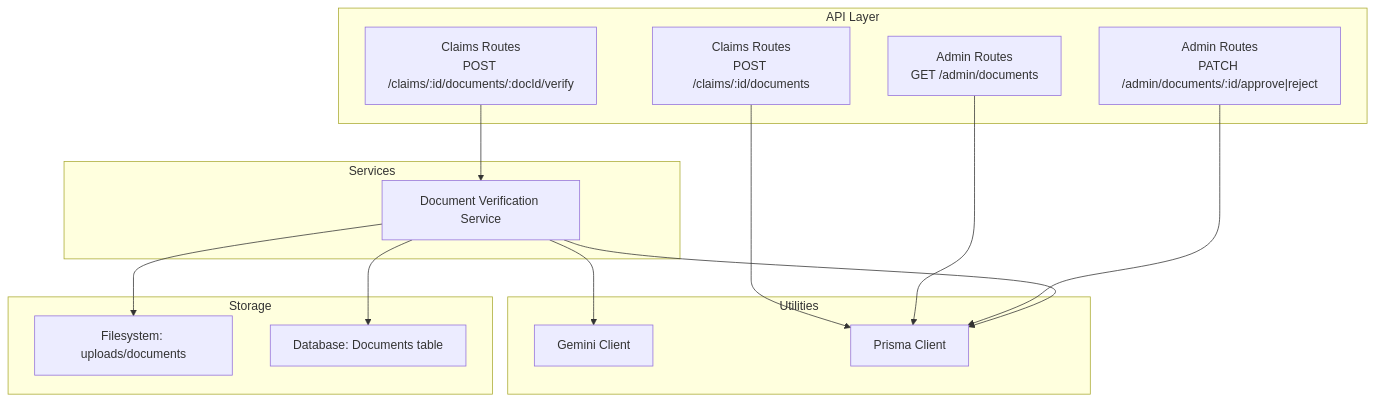
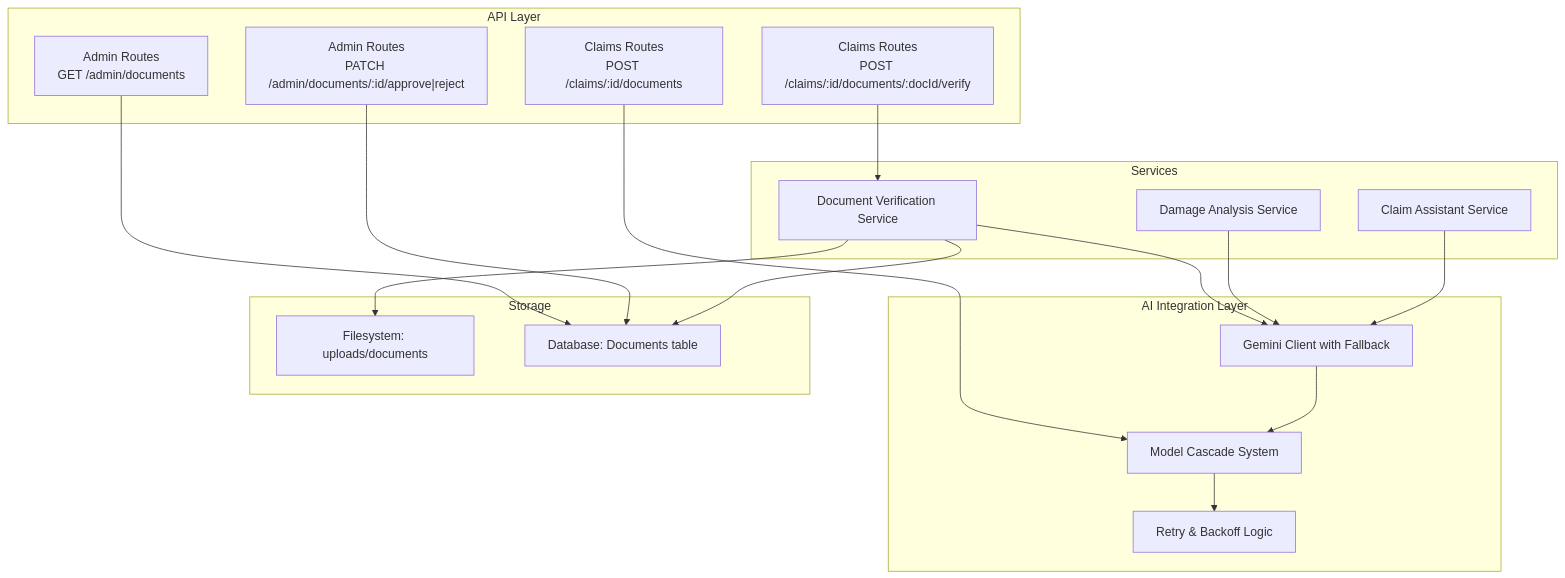
The first of 5 diagrams in .qoder/repowiki/en/content/AI Services Integration/Document Verification Service.md (NaveenHiranya/Smart-Vehicle-Insurance-Claim-System), drawn with Mermaid before and after one commit. The commit also changed other lines of this file and 41 other files, not shown here.

````diff
--- a/.qoder/repowiki/en/content/AI Services Integration/Document Verification Service.md
+++ b/.qoder/repowiki/en/content/AI Services Integration/Document Verification Service.md
@@ -32,28 +42,34 @@
 ```mermaid
 graph TB
 subgraph "API Layer"
 R1["Claims Routes<br/>POST /claims/:id/documents"]
 R2["Claims Routes<br/>POST /claims/:id/documents/:docId/verify"]
 R3["Admin Routes<br/>GET /admin/documents"]
 R4["Admin Routes<br/>PATCH /admin/documents/:id/approve|reject"]
 end
 subgraph "Services"
 S1["Document Verification Service"]
+S2["Damage Analysis Service"]
+S3["Claim Assistant Service"]
 end
-subgraph "Utilities"
-U1["Gemini Client"]
-U2["Prisma Client"]
+subgraph "AI Integration Layer"
+U1["Gemini Client with Fallback"]
+U2["Model Cascade System"]
+U3["Retry & Backoff Logic"]
 end
 subgraph "Storage"
 F1["Filesystem: uploads/documents"]
 D1["Database: Documents table"]
 end
 R1 --> U2
 R2 --> S1
-R3 --> U2
-R4 --> U2
+R3 --> D1
+R4 --> D1
 S1 --> U1
-S1 --> U2
+S2 --> U1
+S3 --> U1
 S1 --> F1
 S1 --> D1
+U1 --> U2
+U2 --> U3
 ```
````
